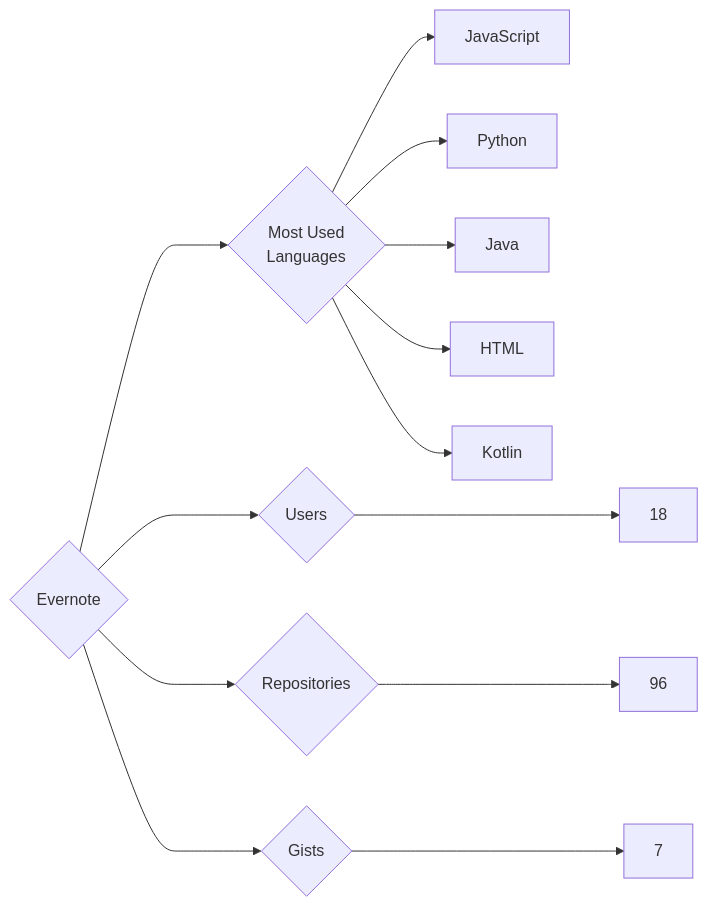
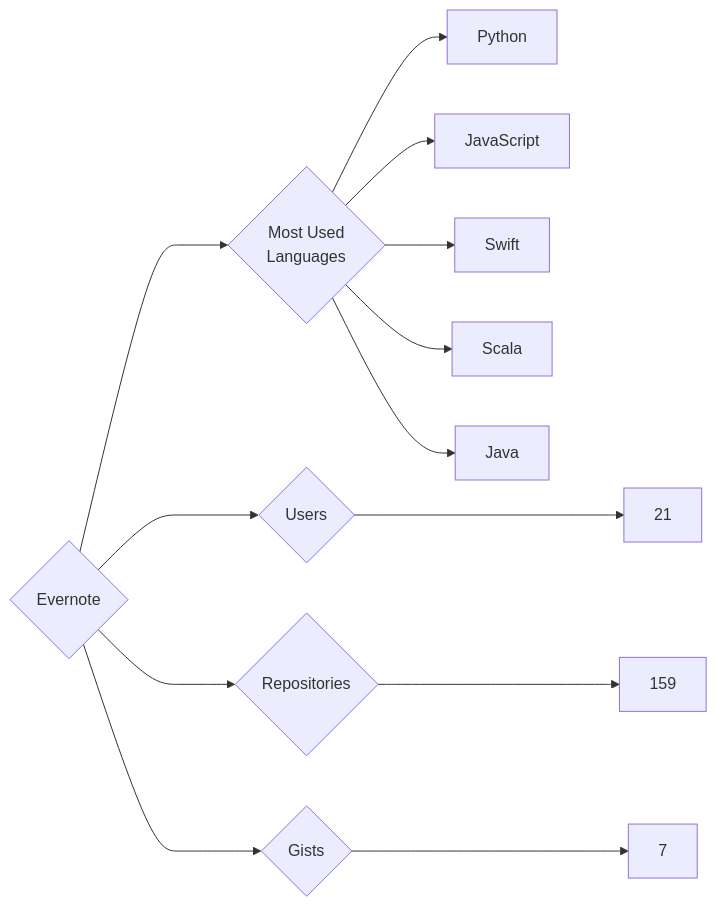
The diagram in targets/Evernote/README.md (trickest/insiders), drawn with Mermaid before and after one commit. The commit also changed 874 other files, not shown here.

````diff
--- a/targets/Evernote/README.md
+++ b/targets/Evernote/README.md
@@ -3,13 +3,13 @@
 ```mermaid
 graph LR
 COMPANY_NAME{Evernote}
-COMPANY_NAME ---> U{Users} ---> UN[18]
-COMPANY_NAME ---> R{Repositories} ---> RN[96]
+COMPANY_NAME ---> U{Users} ---> UN[21]
+COMPANY_NAME ---> R{Repositories} ---> RN[159]
 COMPANY_NAME ---> G{Gists} ---> GN[7]
 COMPANY_NAME ---> ML{Most Used<br>Languages}
+ML --> Python[Python]
 ML --> JavaScript[JavaScript]
-ML --> Python[Python]
+ML --> Swift[Swift]
+ML --> Scala[Scala]
 ML --> Java[Java]
-ML --> HTML[HTML]
-ML --> Kotlin[Kotlin]
 ```
````
